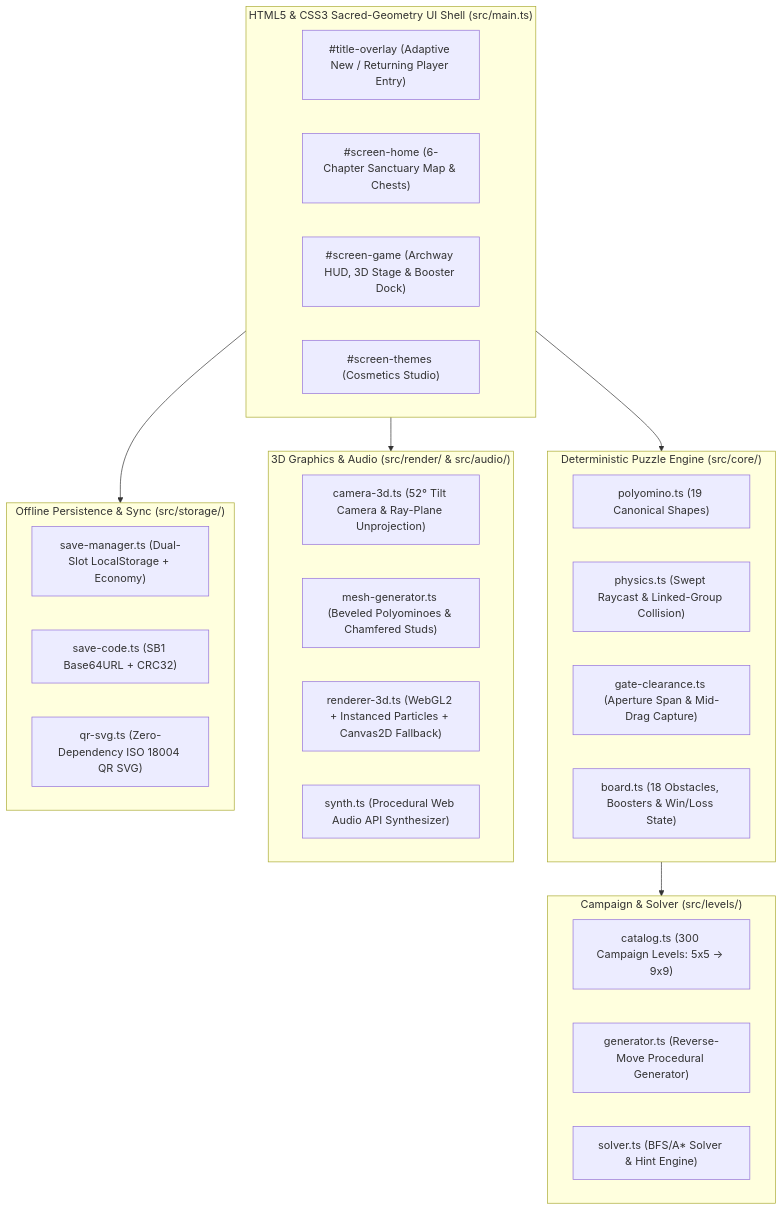
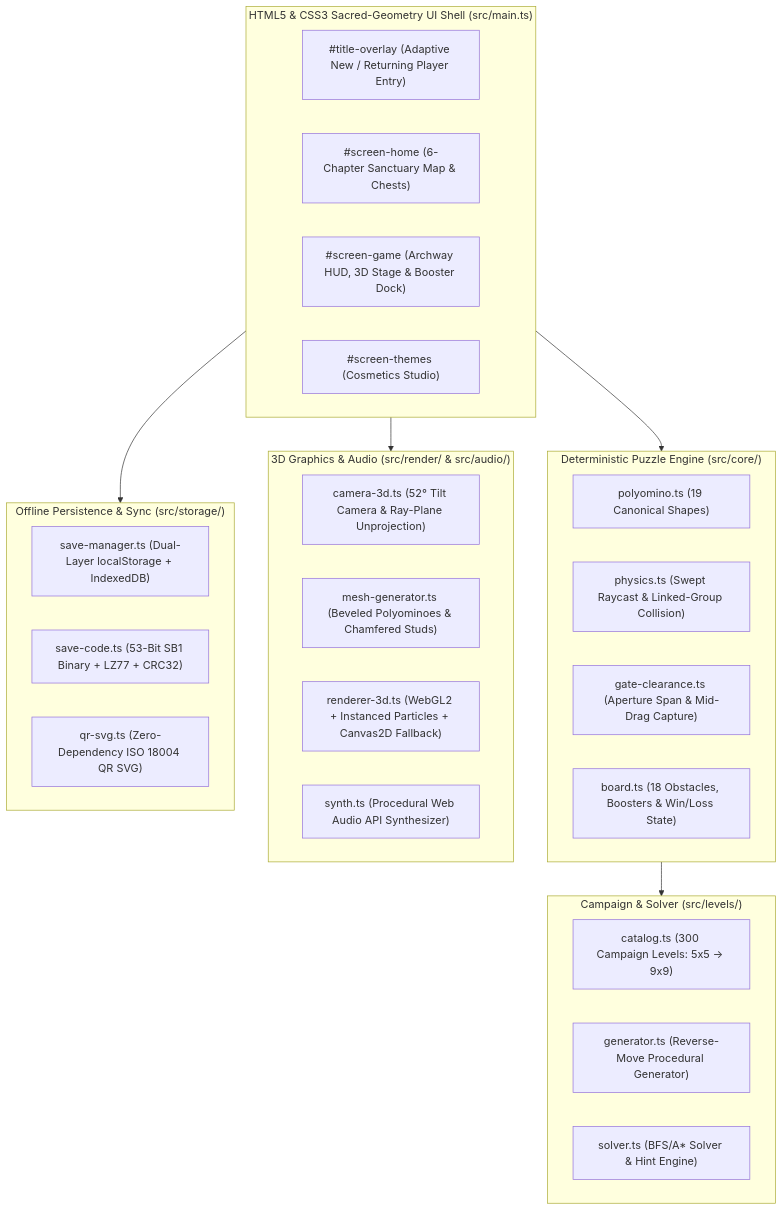
Before and after one commit to jskorupski/Shred-Blocks: the diagram in README.md, drawn with Mermaid. The commit also changed other lines of this file and 2 other files, not shown here.

Commit message:
docs: sync README, AGENTS.md, and architecture guide with stone ruin, endless saves & history nav

````diff
--- a/README.md
+++ b/README.md
@@ -149,40 +150,40 @@
 ```mermaid
 flowchart TD
   subgraph UI["HTML5 & CSS3 Sacred-Geometry UI Shell (src/main.ts)"]
     Title["#title-overlay (Adaptive New / Returning Player Entry)"]
     Home["#screen-home (6-Chapter Sanctuary Map & Chests)"]
     Game["#screen-game (Archway HUD, 3D Stage & Booster Dock)"]
     Themes["#screen-themes (Cosmetics Studio)"]
   end
 
   subgraph Core["Deterministic Puzzle Engine (src/core/)"]
     Poly["polyomino.ts (19 Canonical Shapes)"]
     Phys["physics.ts (Swept Raycast & Linked-Group Collision)"]
     Gate["gate-clearance.ts (Aperture Span & Mid-Drag Capture)"]
     Board["board.ts (18 Obstacles, Boosters & Win/Loss State)"]
   end
 
   subgraph Levels["Campaign & Solver (src/levels/)"]
     Catalog["catalog.ts (300 Campaign Levels: 5x5 -> 9x9)"]
     Gen["generator.ts (Reverse-Move Procedural Generator)"]
     Solver["solver.ts (BFS/A* Solver & Hint Engine)"]
   end
 
   subgraph Render["3D Graphics & Audio (src/render/ & src/audio/)"]
     Cam["camera-3d.ts (52° Tilt Camera & Ray-Plane Unprojection)"]
     Mesh["mesh-generator.ts (Beveled Polyominoes & Chamfered Studs)"]
     GL["renderer-3d.ts (WebGL2 + Instanced Particles + Canvas2D Fallback)"]
     Synth["synth.ts (Procedural Web Audio API Synthesizer)"]
   end
 
   subgraph Storage["Offline Persistence & Sync (src/storage/)"]
-    Save["save-manager.ts (Dual-Slot LocalStorage + Economy)"]
-    Code["save-code.ts (SB1 Base64URL + CRC32)"]
+    Save["save-manager.ts (Dual-Layer localStorage + IndexedDB)"]
+    Code["save-code.ts (53-Bit SB1 Binary + LZ77 + CRC32)"]
     QR["qr-svg.ts (Zero-Dependency ISO 18004 QR SVG)"]
   end
 
   UI --> Core
   UI --> Render
   UI --> Storage
   Core --> Levels
 ```
````
